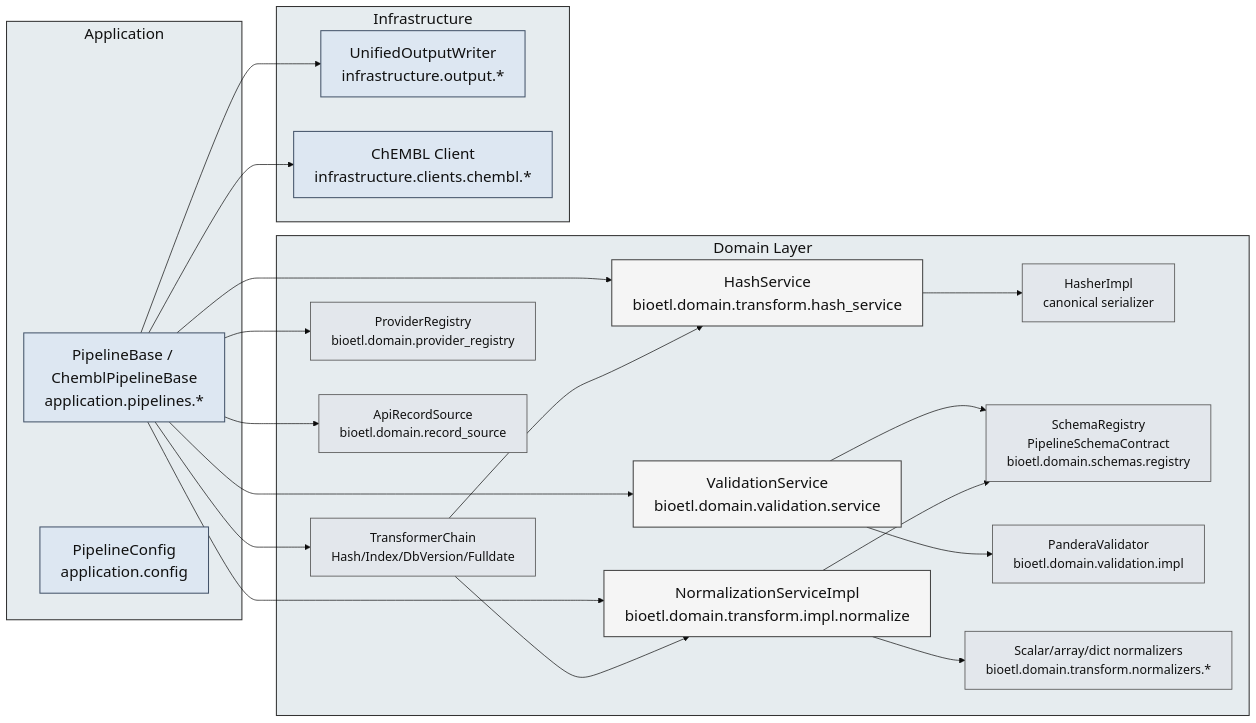
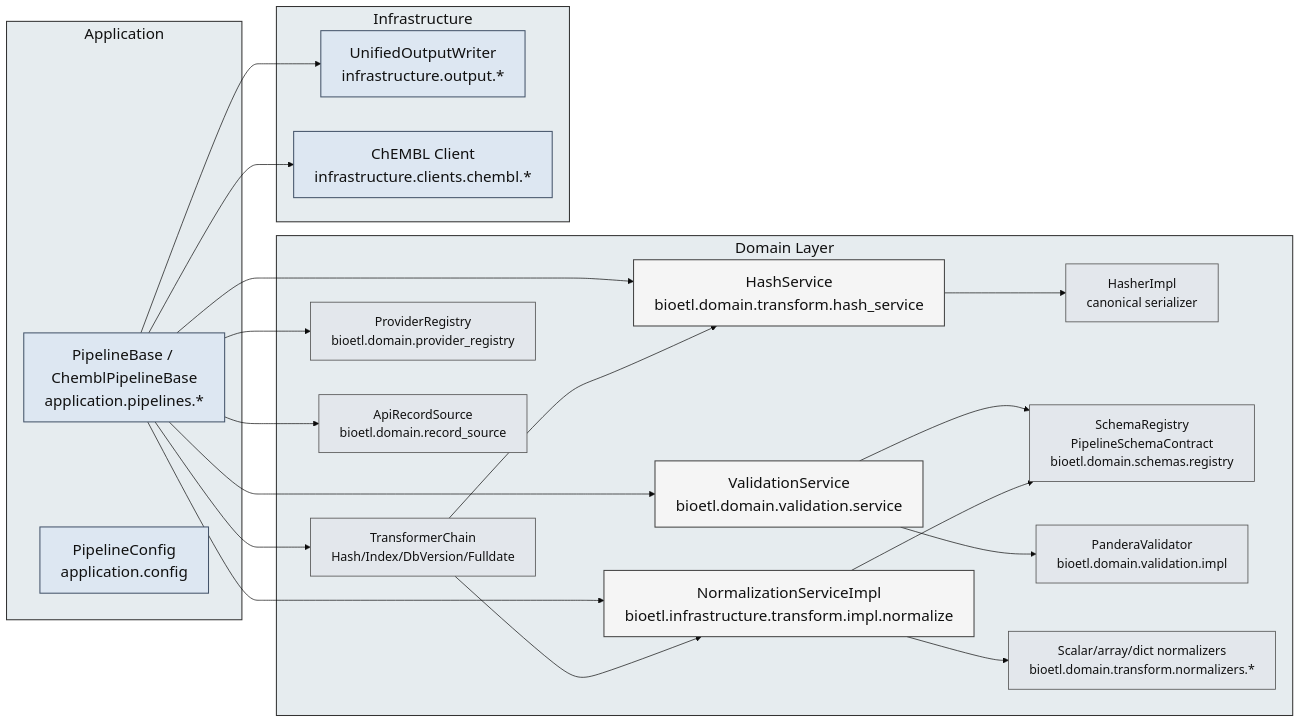
The diagram in docs/architecture/diagrams/component/02-domain-components.mmd (SatoryKono/BioactivityDataAcquisition), drawn with Mermaid (base theme) before and after one commit. The commit also changed 29 other files, not shown here.

Commit message:
Refactor normalization implementations to infrastructure layer

```diff
--- a/docs/architecture/diagrams/component/02-domain-components.mmd
+++ b/docs/architecture/diagrams/component/02-domain-components.mmd
@@ -1,51 +1,51 @@
 ---
 id: 5ce0c6b3-7f5b-4c5c-8d1a-4c1cbf2c2a9e
 ---
 flowchart LR
 
 classDef componentPrimary   fill:#f5f5f5,stroke:#444,stroke-width:1.5px,color:#111,font-size:22px;
 classDef componentSecondary fill:#e3e7ec,stroke:#555,stroke-width:1.2px,color:#111,font-size:18px;
 classDef external           fill:#dde7f2,stroke:#44546a,stroke-width:1.5px,color:#111,font-size:22px;
 classDef group              fill:#e6ecef,stroke:#333,stroke-width:1.5px,color:#111,font-size:22px;
 
 subgraph Domain["Domain Layer"]
     Validation["ValidationService\nbioetl.domain.validation.service"]:::componentPrimary
-    Normalization["NormalizationServiceImpl\nbioetl.domain.transform.impl.normalize"]:::componentPrimary
+    Normalization["NormalizationServiceImpl\nbioetl.infrastructure.transform.impl.normalize"]:::componentPrimary
     Hashing["HashService\nbioetl.domain.transform.hash_service"]:::componentPrimary
     Transformers["TransformerChain\nHash/Index/DbVersion/Fulldate"]:::componentSecondary
     Hasher["HasherImpl\ncanonical serializer"]:::componentSecondary
     Schemas["SchemaRegistry\nPipelineSchemaContract\nbioetl.domain.schemas.registry"]:::componentSecondary
     Pandera["PanderaValidator\nbioetl.domain.validation.impl"]:::componentSecondary
     Normalizers["Scalar/array/dict normalizers\nbioetl.domain.transform.normalizers.*"]:::componentSecondary
     ProviderRegistry["ProviderRegistry\nbioetl.domain.provider_registry"]:::componentSecondary
     RecordSource["ApiRecordSource\nbioetl.domain.record_source"]:::componentSecondary
 end
 class Domain group;
 
 subgraph Application["Application"]
     Pipeline["PipelineBase / ChemblPipelineBase\napplication.pipelines.*"]:::external
     Config["PipelineConfig\napplication.config"]:::external
 end
 class Application group;
 
 subgraph Infrastructure["Infrastructure"]
     Writers["UnifiedOutputWriter\ninfrastructure.output.*"]:::external
     Clients["ChEMBL Client\ninfrastructure.clients.chembl.*"]:::external
 end
 class Infrastructure group;
 
 Pipeline --> Validation
 Pipeline --> Normalization
 Pipeline --> Hashing
 Pipeline --> Transformers
 Validation --> Schemas
 Validation --> Pandera
 Normalization --> Normalizers
 Normalization --> Schemas
 Hashing --> Hasher
 Transformers --> Hashing
 Transformers --> Normalization
 Pipeline --> Writers
 Pipeline --> Clients
 Pipeline --> ProviderRegistry
 Pipeline --> RecordSource
```
